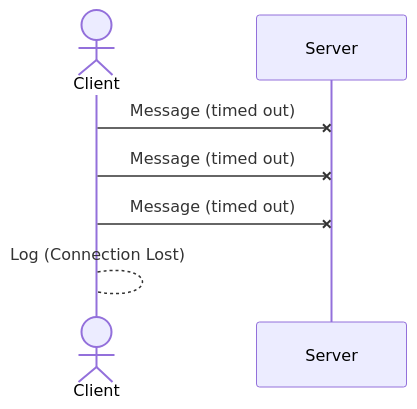
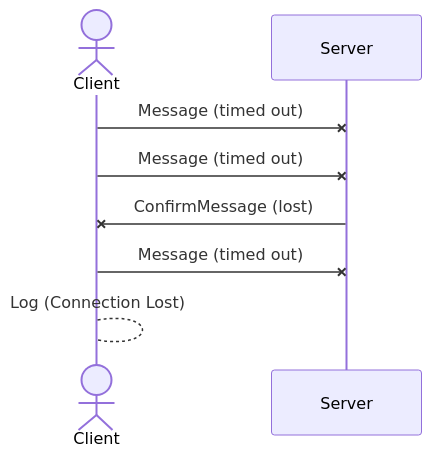
The first of 6 diagrams in documentation_wip/network_protocol.md (frephs/IS24-AM21), drawn with Mermaid before and after one commit. The commit also changed other lines of this file, not shown here.

````diff
--- a/documentation_wip/network_protocol.md
+++ b/documentation_wip/network_protocol.md
@@ -12,10 +13,11 @@
 ```mermaid
 sequenceDiagram
     actor Client
     Client -x Server: Message (timed out)
     Client -x Server: Message (timed out)
+    Server -x Client: ConfirmMessage (lost)
     Client -x Server: Message (timed out)
     Client --> Client : Log (Connection Lost)
     Destroy Client
 
 ```
````
